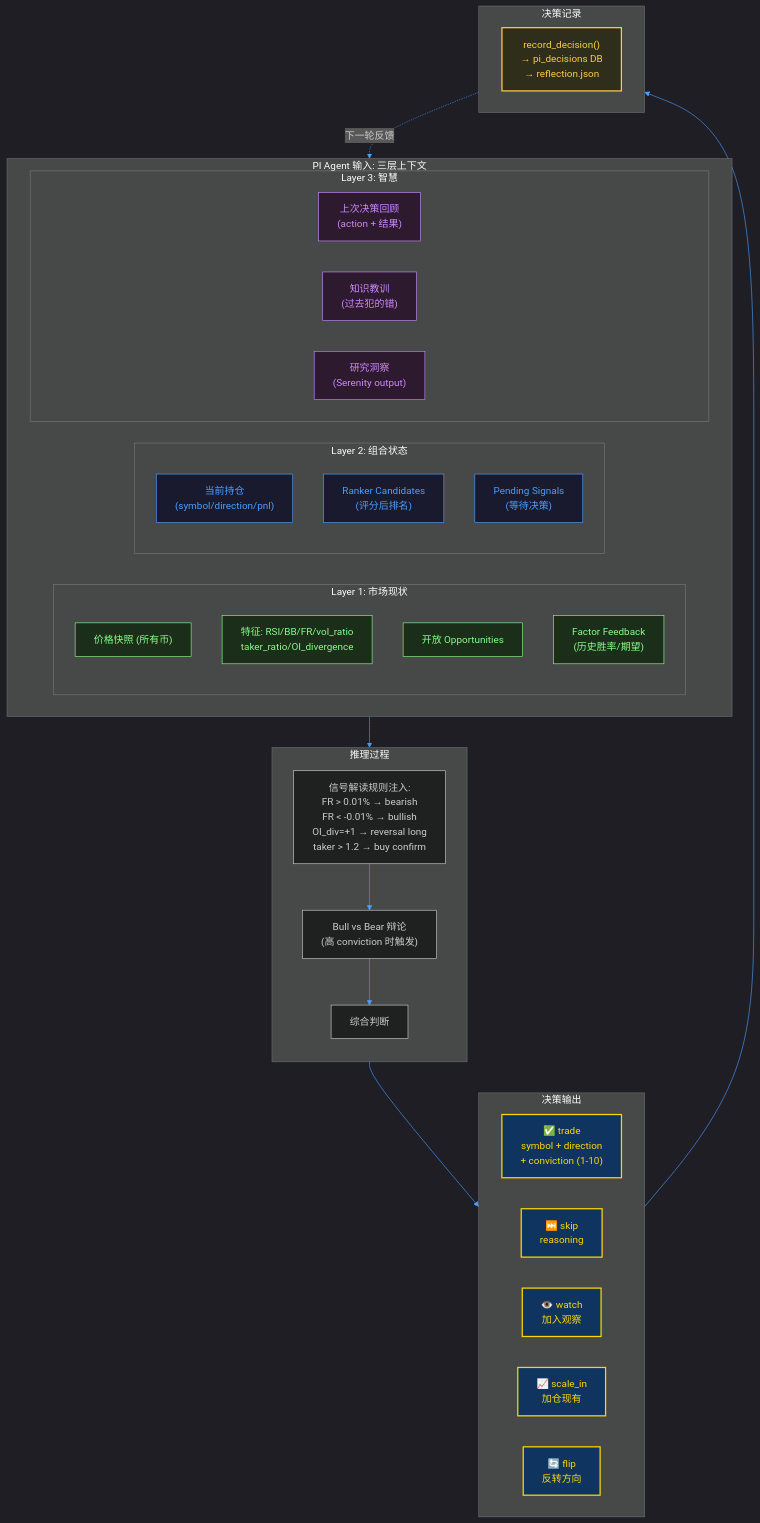
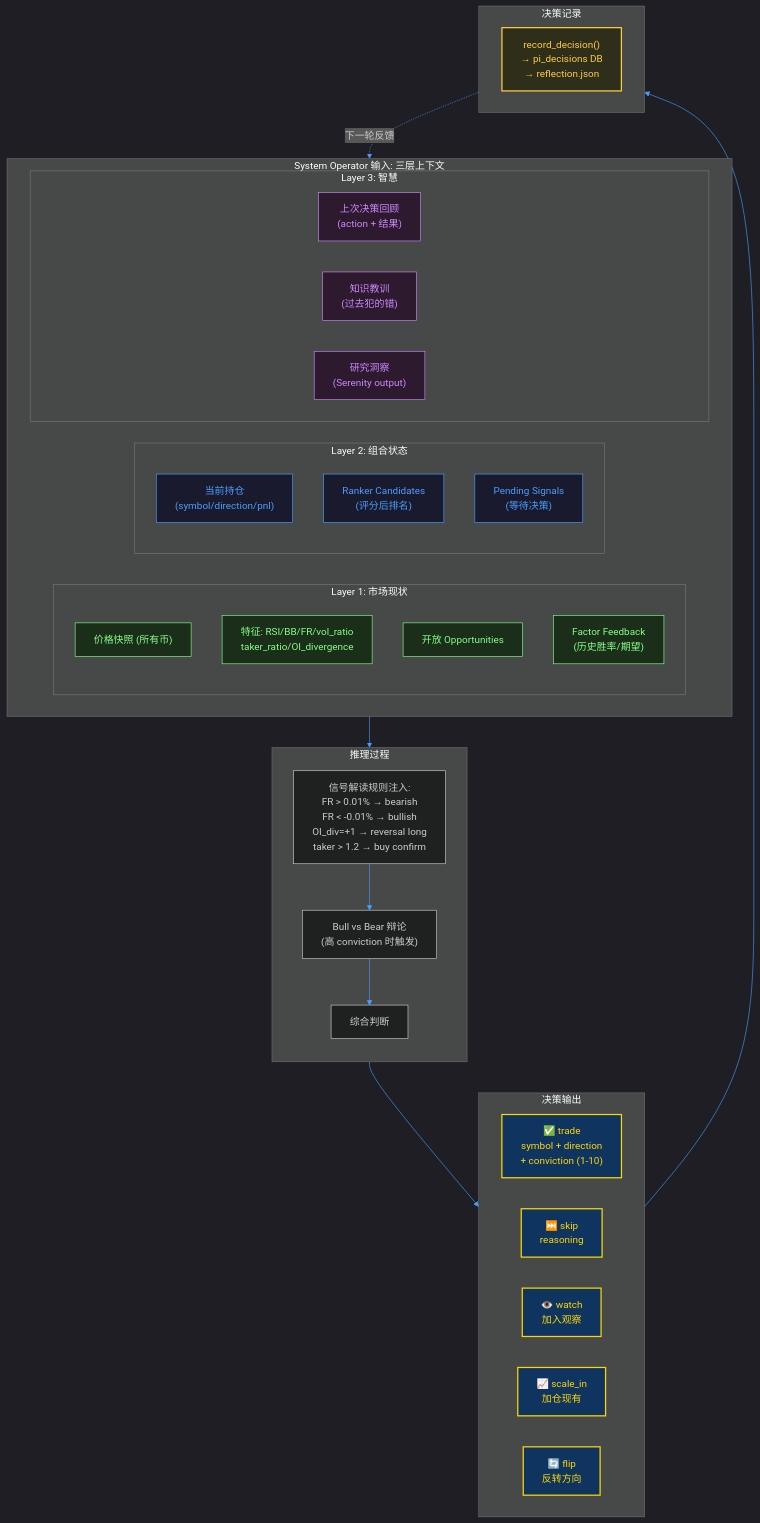
One commit to iridyne/aletheia changed the diagram in docs/diagrams/04_pi_agent_decision.mmd. Above: the diagram before and after it, drawn with Mermaid. The commit also changed 43 other files, not shown here.

First line of the commit message:
chore(rename): PI Agent → System Operator across runtime-visible surfaces (display layer)

```diff
--- a/docs/diagrams/04_pi_agent_decision.mmd
+++ b/docs/diagrams/04_pi_agent_decision.mmd
@@ -1,62 +1,62 @@
 %%{init: {'theme': 'dark', 'themeVariables': {'primaryColor': '#1a1a2e', 'primaryTextColor': '#e0e0e0', 'primaryBorderColor': '#4a9eff', 'lineColor': '#4a9eff', 'fontFamily': 'sans-serif'}}}%%
 flowchart TB
-    subgraph INPUT["PI Agent 输入: 三层上下文"]
+    subgraph INPUT["System Operator 输入: 三层上下文"]
         direction LR
 
         subgraph L1["Layer 1: 市场现状"]
             S1["价格快照 (所有币)"]
             S2["特征: RSI/BB/FR/vol_ratio<br/>taker_ratio/OI_divergence"]
             S3["开放 Opportunities"]
             S4["Factor Feedback<br/>(历史胜率/期望)"]
         end
 
         subgraph L2["Layer 2: 组合状态"]
             P1["当前持仓<br/>(symbol/direction/pnl)"]
             P2["Ranker Candidates<br/>(评分后排名)"]
             P3["Pending Signals<br/>(等待决策)"]
         end
 
         subgraph L3["Layer 3: 智慧"]
             W1["上次决策回顾<br/>(action + 结果)"]
             W2["知识教训<br/>(过去犯的错)"]
             W3["研究洞察<br/>(Serenity output)"]
         end
     end
 
     subgraph REASONING["推理过程"]
         direction TB
         RULES["信号解读规则注入:<br/>FR > 0.01% → bearish<br/>FR < -0.01% → bullish<br/>OI_div=+1 → reversal long<br/>taker > 1.2 → buy confirm"]
         DEBATE["Bull vs Bear 辩论<br/>(高 conviction 时触发)"]
         SYNTH["综合判断"]
 
         RULES --> DEBATE --> SYNTH
     end
 
     subgraph OUTPUT["决策输出"]
         direction LR
         TRADE["✅ trade<br/>symbol + direction<br/>+ conviction (1-10)"]
         SKIP["⏭️ skip<br/>reasoning"]
         WATCH["👁️ watch<br/>加入观察"]
         SCALE["📈 scale_in<br/>加仓现有"]
         FLIP["🔄 flip<br/>反转方向"]
     end
 
     subgraph PERSIST["决策记录"]
         REC["record_decision()<br/>→ pi_decisions DB<br/>→ reflection.json"]
     end
 
     INPUT --> REASONING --> OUTPUT
     OUTPUT --> PERSIST
     PERSIST -.->|"下一轮反馈"| W1
 
     classDef layer1 fill:#1a2e1a,stroke:#88ff88,stroke-width:1px,color:#88ff88
     classDef layer2 fill:#1a1a2e,stroke:#4a9eff,stroke-width:1px,color:#4a9eff
     classDef layer3 fill:#2e1a2e,stroke:#cc88ff,stroke-width:1px,color:#cc88ff
     classDef action fill:#0f3460,stroke:#ffd700,stroke-width:2px,color:#ffd700
     classDef record fill:#2e2e1a,stroke:#ffcc44,stroke-width:2px,color:#ffcc44
 
     class S1,S2,S3,S4 layer1
     class P1,P2,P3 layer2
     class W1,W2,W3 layer3
     class TRADE,SKIP,WATCH,SCALE,FLIP action
     class REC record
```
